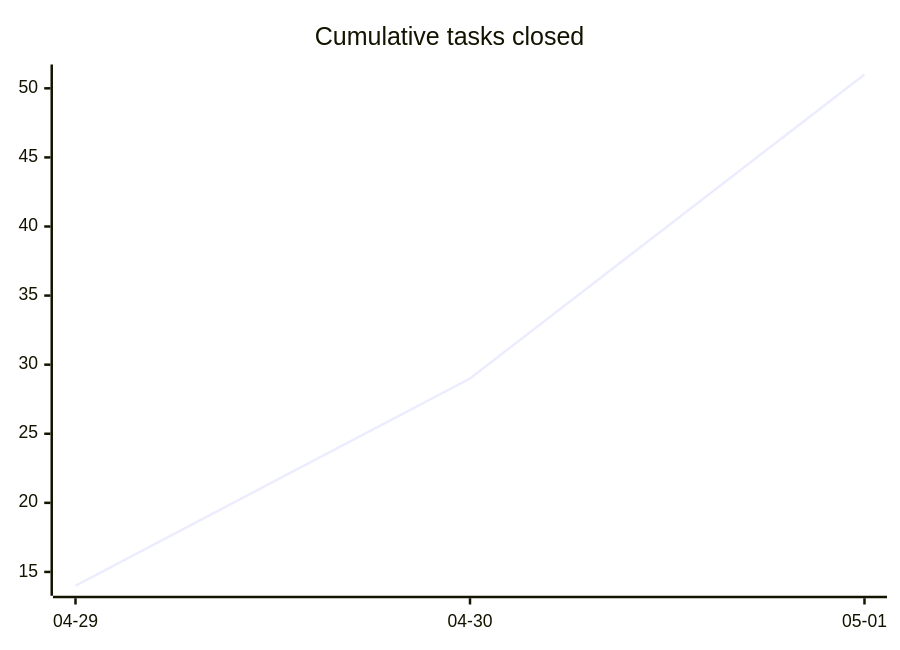
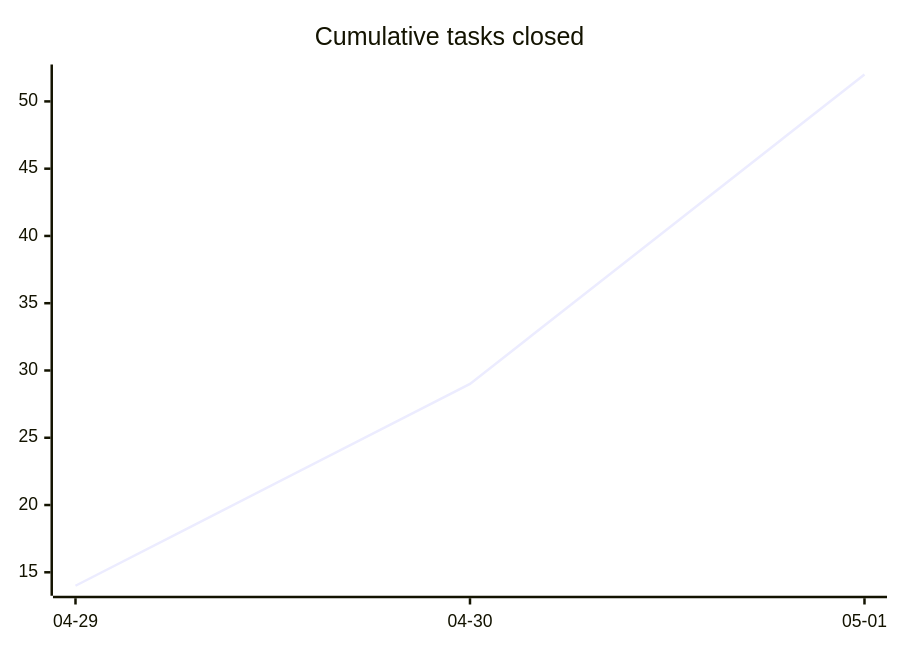
Before and after one commit to tgd1975/AwesomeStudioPedal: the first of 3 diagrams in docs/developers/tasks/OVERVIEW.md, drawn with Mermaid. The commit also changed other lines of this file and 2 other files, not shown here.

````diff
--- a/docs/developers/tasks/OVERVIEW.md
+++ b/docs/developers/tasks/OVERVIEW.md
@@ -22,6 +22,6 @@
 ```mermaid
 xychart-beta
     title "Cumulative tasks closed"
     x-axis ["04-29", "04-30", "05-01"]
-    line [14, 29, 51]
+    line [14, 29, 52]
 ```
````
